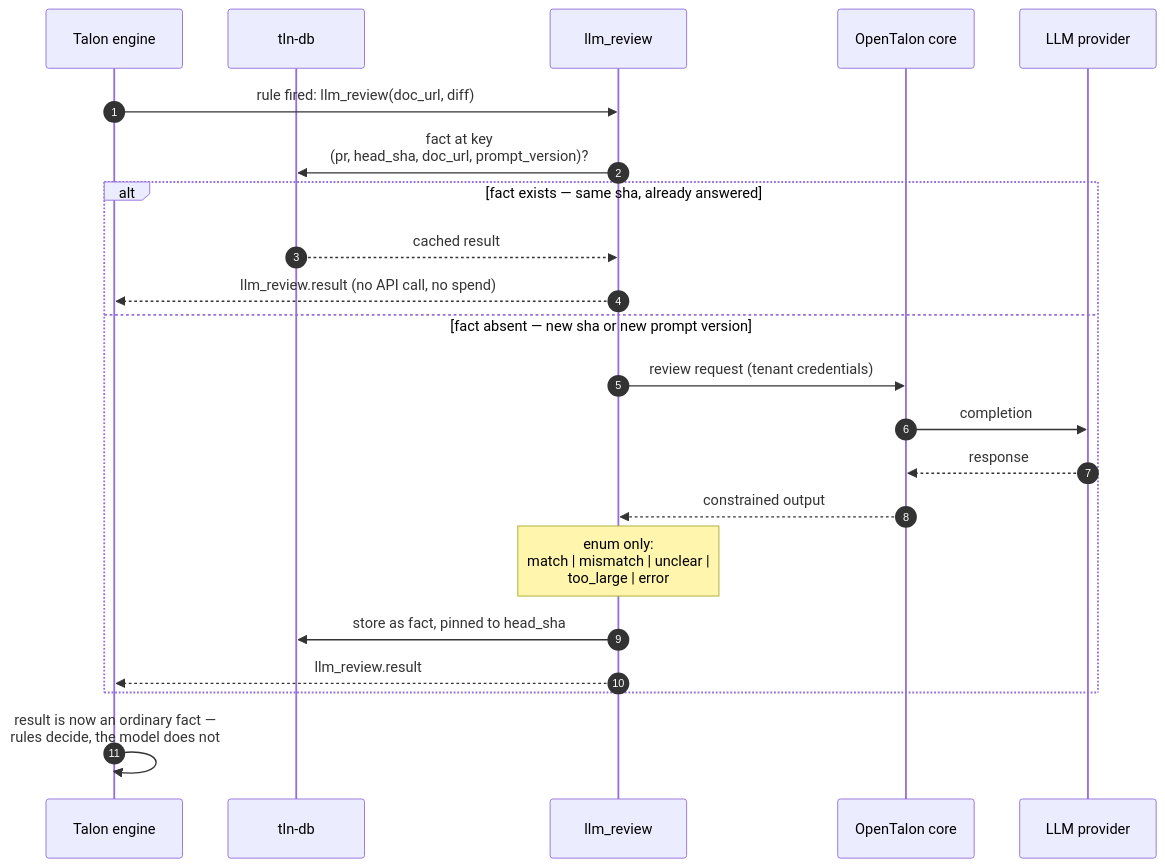
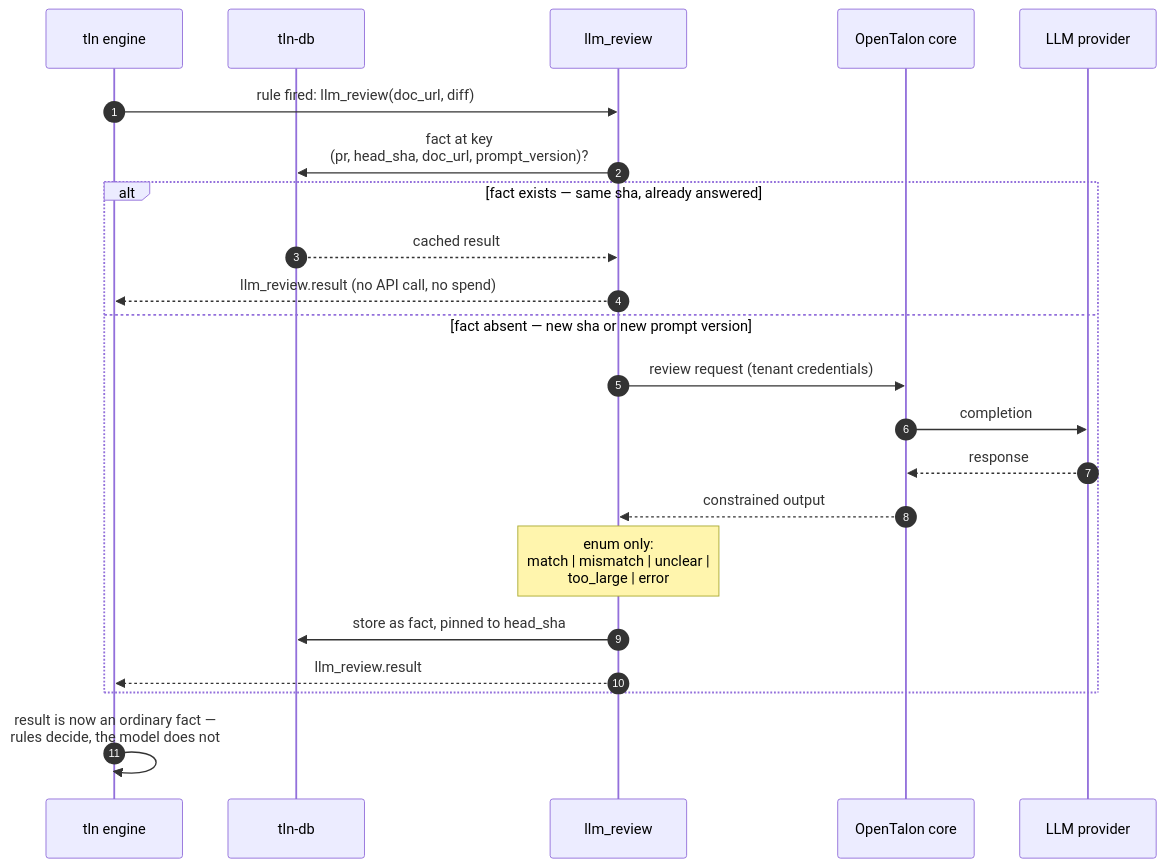
Before and after one commit to opentalon/talooner: the sixth of 10 diagrams in docs/diagrams.md, drawn with Mermaid. The commit also changed other lines of this file and 3 other files, not shown here.

Commit message:
Rename Talon language references to tln, realign architecture.md ASCII diagram

````diff
--- a/docs/diagrams.md
+++ b/docs/diagrams.md
@@ -313,27 +313,27 @@
 ```mermaid
 sequenceDiagram
     autonumber
-    participant ENG as Talon engine
+    participant ENG as tln engine
     participant DB as tln-db
     participant LLMR as llm_review
     participant Core as OpenTalon core
     participant API as LLM provider
 
     ENG->>LLMR: rule fired: llm_review(doc_url, diff)
     LLMR->>DB: fact at key<br/>(pr, head_sha, doc_url, prompt_version)?
 
     alt fact exists — same sha, already answered
         DB-->>LLMR: cached result
         LLMR-->>ENG: llm_review.result (no API call, no spend)
     else fact absent — new sha or new prompt version
         LLMR->>Core: review request (tenant credentials)
         Core->>API: completion
         API-->>Core: response
         Core-->>LLMR: constrained output
         Note over LLMR: enum only:<br/>match | mismatch | unclear |<br/>too_large | error
         LLMR->>DB: store as fact, pinned to head_sha
         LLMR-->>ENG: llm_review.result
     end
 
     ENG->>ENG: result is now an ordinary fact —<br/>rules decide, the model does not
 ```
````
